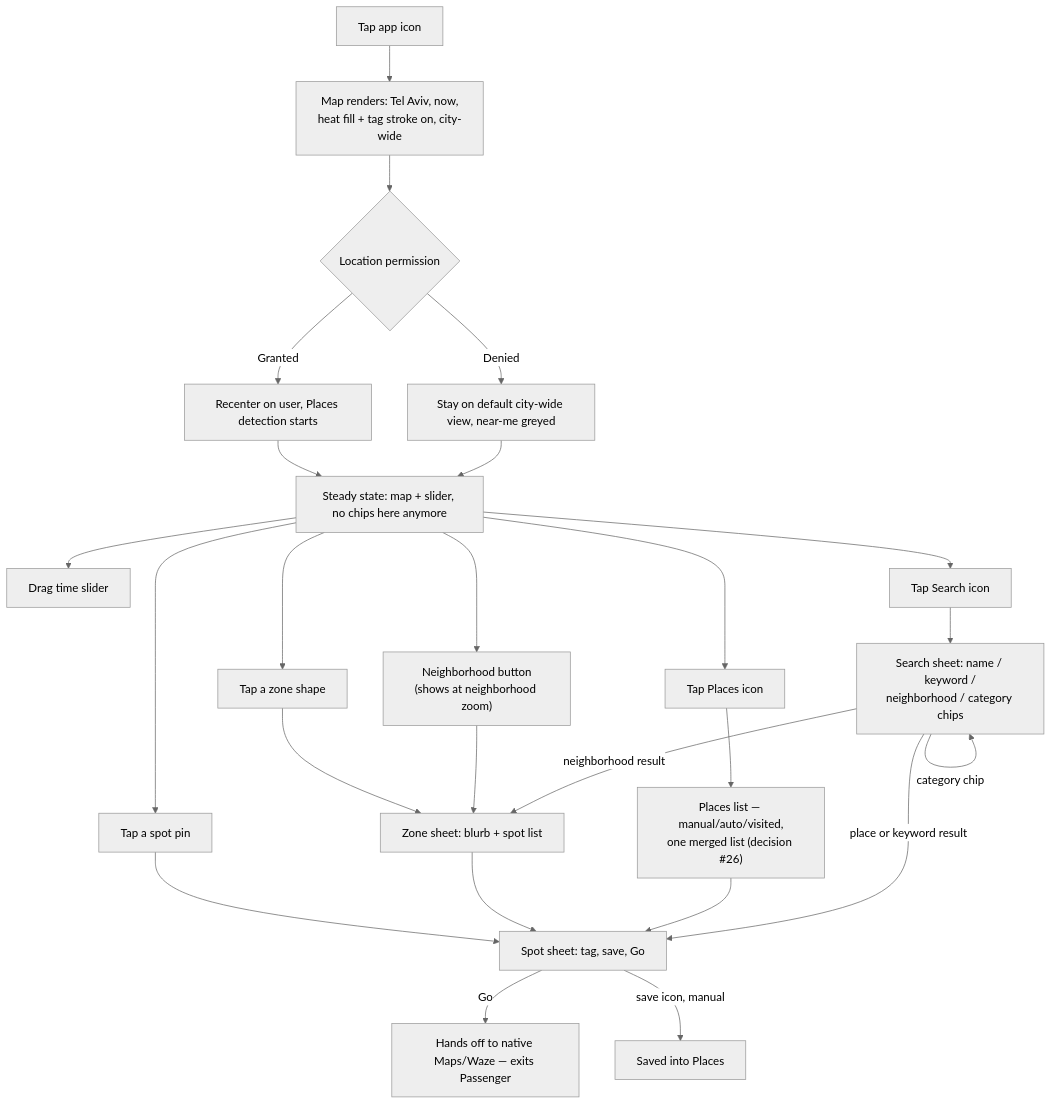
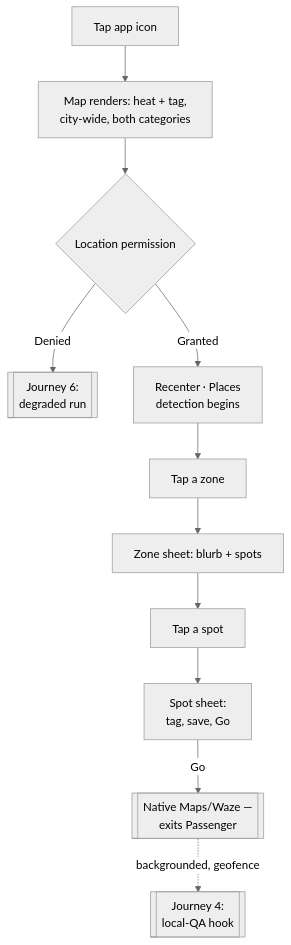
One commit to AviranGrisaro/passenger-brain changed the first of 8 diagrams in design/ux-flows.md. Above: the diagram before and after it, drawn with Mermaid (neutral theme). The commit also changed other lines of this file and 2 other files, not shown here.

First line of the commit message:
design: revise UX flows doc per Aviran's 5 founder-direct notes

````diff
--- a/design/ux-flows.md
+++ b/design/ux-flows.md
@@ -240,21 +98,11 @@
 ```mermaid
 flowchart TD
-    A[Tap app icon] --> B[Map renders: Tel Aviv, now,<br/>heat fill + tag stroke on, city-wide]
+    A[Tap app icon] --> B[Map renders: heat + tag,<br/>city-wide, both categories]
     B --> C{Location permission}
-    C -->|Granted| D[Recenter on user, Places detection starts]
-    C -->|Denied| E[Stay on default city-wide view, near-me greyed]
-    D --> F[Steady state: map + slider, no chips here anymore]
-    E --> F
-    F --> G[Tap a zone shape] --> ZS[Zone sheet: blurb + spot list]
-    F --> T["Neighborhood button<br/>(shows at neighborhood zoom)"] --> ZS
-    F --> H[Tap a spot pin] --> M[Spot sheet: tag, save, Go]
-    ZS --> M
-    F --> I[Drag time slider]
-    F --> K[Tap Places icon] --> P["Places list — manual/auto/visited,<br/>one merged list (decision #26)"] --> M
-    F --> S["Tap Search icon"] --> SS["Search sheet: name / keyword /<br/>neighborhood / category chips"]
-    SS -->|place or keyword result| M
-    SS -->|neighborhood result| ZS
-    SS -->|category chip| SS
-    M -->|Go| N[Hands off to native Maps/Waze — exits Passenger]
-    M -->|save icon, manual| O[Saved into Places]
+    C -->|Denied| J6[[Journey 6:<br/>degraded run]]
+    C -->|Granted| D[Recenter · Places<br/>detection begins]
+    D --> E[Tap a zone] --> F[Zone sheet: blurb + spots]
+    F --> G[Tap a spot] --> H[Spot sheet:<br/>tag, save, Go]
+    H -->|Go| I[["Native Maps/Waze —<br/>exits Passenger"]]
+    I -.backgrounded, geofence.-> J4[[Journey 4:<br/>local-QA hook]]
 ```
````
